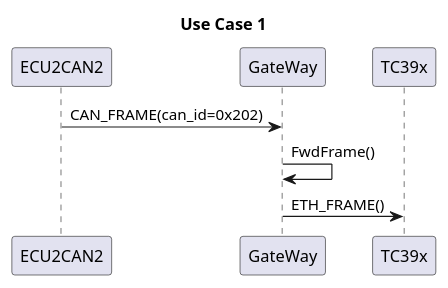
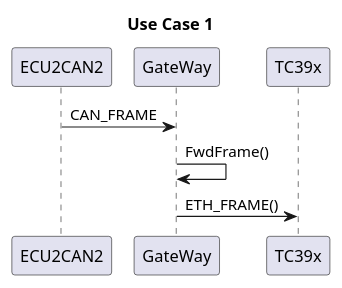
The diagram in uml_diagrams/GWUseCase1.iuml (MeletChirino/Rapport-Stage-ASTC), drawn with PlantUML before and after one commit. The commit also changed 1 other file, not shown here.

```diff
--- a/uml_diagrams/GWUseCase1.iuml
+++ b/uml_diagrams/GWUseCase1.iuml
@@ -1,11 +1,11 @@
 @startuml
 title Use Case 1
 
 participant ECU2CAN2 as ecu2
 participant GateWay as gw
 participant TC39x as tc39
 
-ecu2 -> gw : CAN_FRAME(can_id=0x202)
+ecu2 -> gw : CAN_FRAME
 gw -> gw : FwdFrame()
 gw -> tc39 : ETH_FRAME()
 @enduml
```
